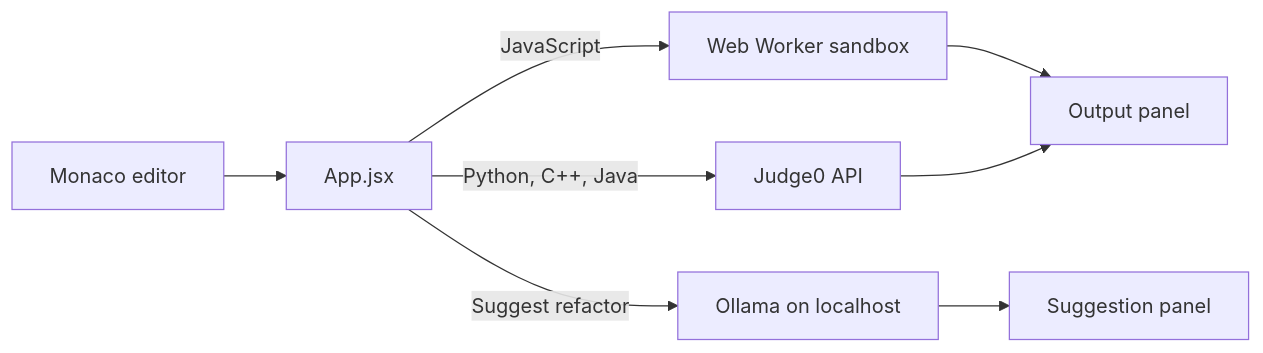
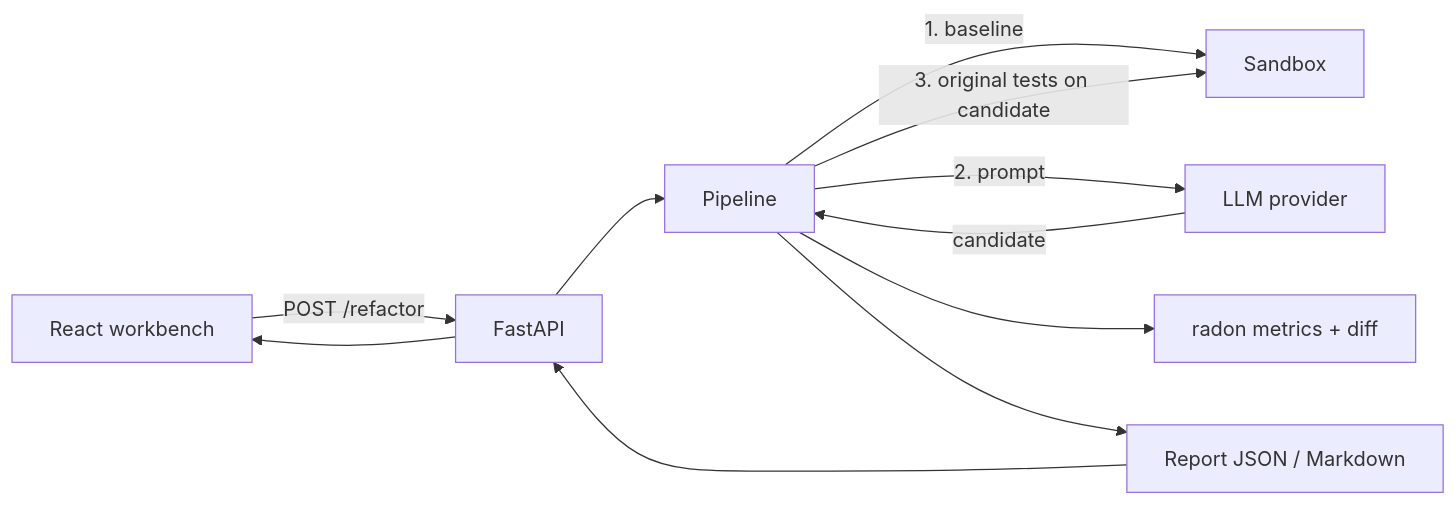
The diagram in README.md (Praneetha1844/Metamorph), drawn with Mermaid before and after one commit. The commit also changed other lines of this file and 3 other files, not shown here.

Commit message:
docs: update README, architecture, roadmap and changelog for v0.2.0

````diff
--- a/README.md
+++ b/README.md
@@ -20,10 +29,12 @@
 ```mermaid
 flowchart LR
-  E[Monaco editor] --> A[App.jsx]
-  A -->|JavaScript| W[Web Worker sandbox]
-  A -->|Python, C++, Java| J[Judge0 API]
-  A -->|Suggest refactor| O[Ollama on localhost]
-  W --> R[Output panel]
-  J --> R
-  O --> S[Suggestion panel]
+  UI[React workbench] -->|POST /refactor| API[FastAPI]
+  API --> P[Pipeline]
+  P -->|1. baseline| S[Sandbox]
+  P -->|2. prompt| L[LLM provider]
+  L -->|candidate| P
+  P -->|3. original tests on candidate| S
+  P --> M[radon metrics + diff]
+  P --> R[Report JSON / Markdown]
+  R --> API --> UI
 ```
````
